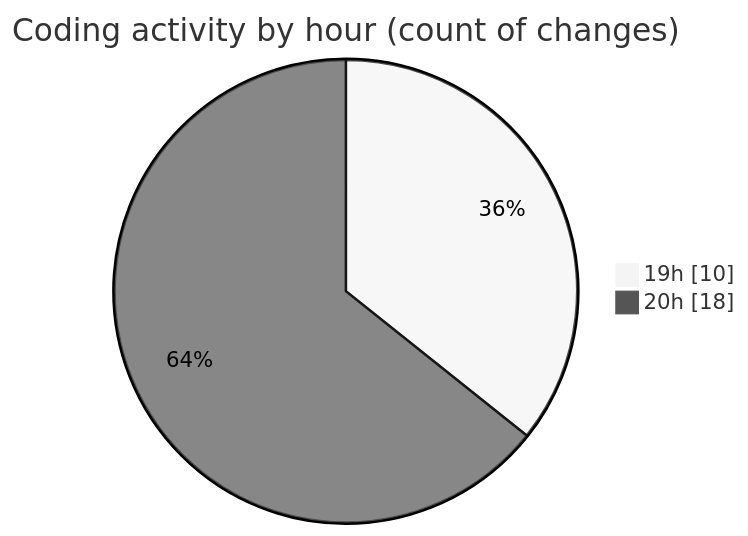
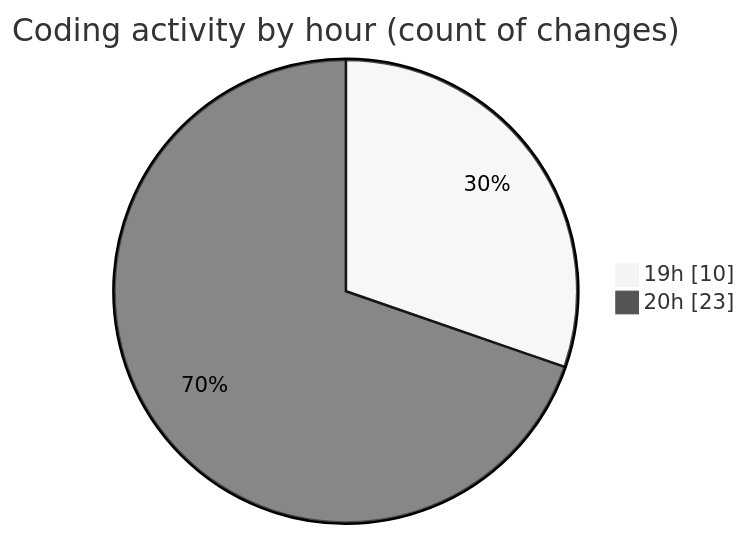
The second of 2 diagrams in 2025-07-15/eduwallet-main/README.md (lephambinh05/code-tracking), drawn with Mermaid (neutral theme) before and after one commit. The commit also changed other lines of this file and 1 other file, not shown here.

````diff
--- a/2025-07-15/eduwallet-main/README.md
+++ b/2025-07-15/eduwallet-main/README.md
@@ -42,6 +45,6 @@
 ```mermaid
 pie showData
 title Coding activity by hour (count of changes)
 "19h" : 10
-"20h" : 18
+"20h" : 23
 ```
````
